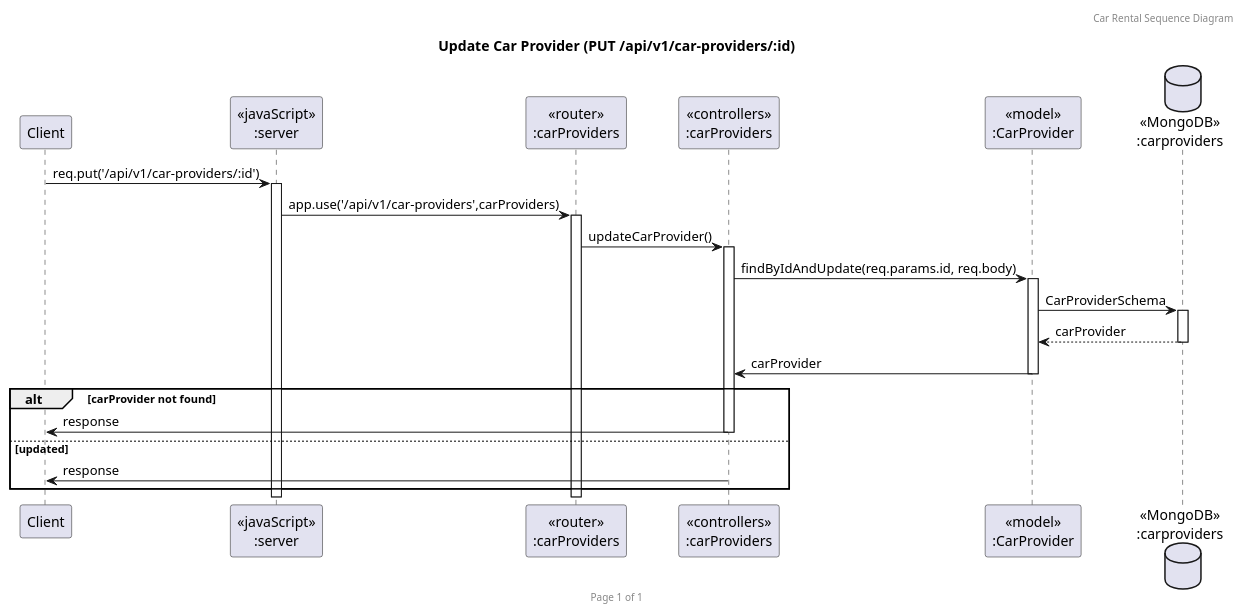
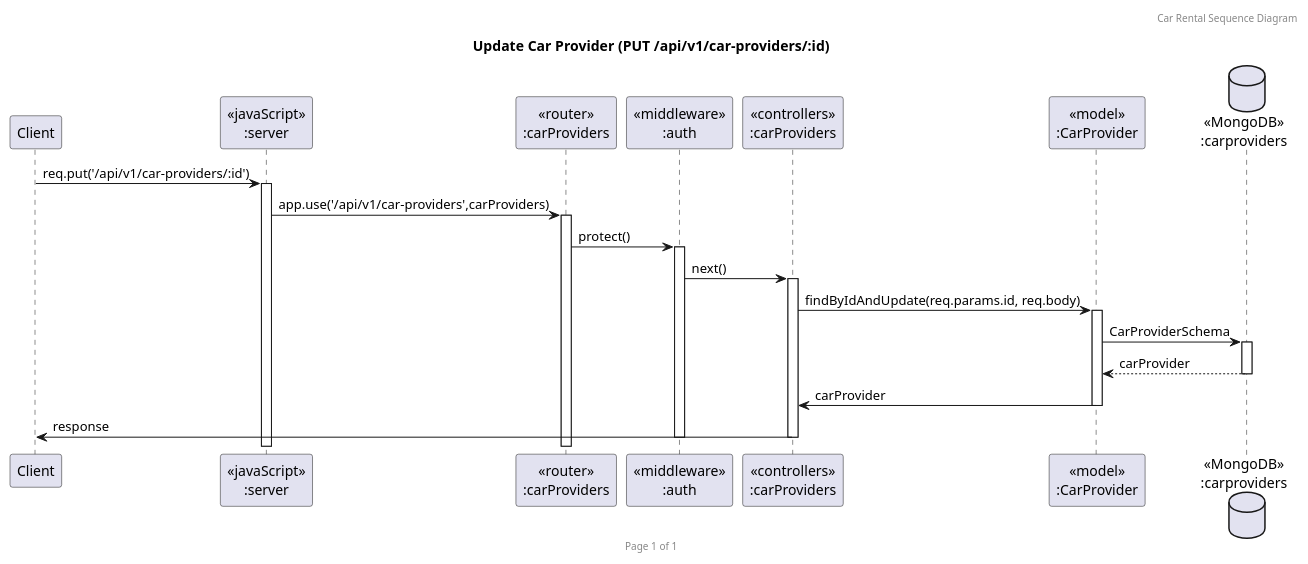
Before and after one commit to 2110503-CEDT68/be-project-68-paopaopao: the diagram in UML/Sequence_Provider_PUT.puml, drawn with PlantUML. The commit also changed 9 other files, not shown here.

Commit message:
Fix: sequence diagram fix

```diff
--- a/UML/Sequence_Provider_PUT.puml
+++ b/UML/Sequence_Provider_PUT.puml
@@ -1,27 +1,26 @@
 @startuml Sequence_Provider_PUT
 
 header Car Rental Sequence Diagram
 footer Page %page% of %lastpage%
 title "Update Car Provider (PUT /api/v1/car-providers/:id)"
 
 participant "Client" as client
 participant "<<javaScript>>\n:server" as server
 participant "<<router>>\n:carProviders" as routerCarProviders
+participant "<<middleware>>\n:auth" as middlewareAuth
 participant "<<controllers>>\n:carProviders" as controllersCarProviders
 participant "<<model>>\n:CarProvider" as modelCarProvider
 database "<<MongoDB>>\n:carproviders" as CarProvidersDatabase
 
 client->server ++:req.put('/api/v1/car-providers/:id')
 server->routerCarProviders ++:app.use('/api/v1/car-providers',carProviders)
-routerCarProviders -> controllersCarProviders ++:updateCarProvider()
+routerCarProviders->middlewareAuth ++:protect()
+middlewareAuth->controllersCarProviders ++:next()
 controllersCarProviders->modelCarProvider ++:findByIdAndUpdate(req.params.id, req.body)
 modelCarProvider ->CarProvidersDatabase ++: CarProviderSchema
 CarProvidersDatabase -->modelCarProvider --: carProvider
 controllersCarProviders <- modelCarProvider --:carProvider
-alt carProvider not found
-    controllersCarProviders->client --:response
-else updated
-    controllersCarProviders->client --:response
-end
+controllersCarProviders->client --:response
+deactivate middlewareAuth
 
 @enduml
```
